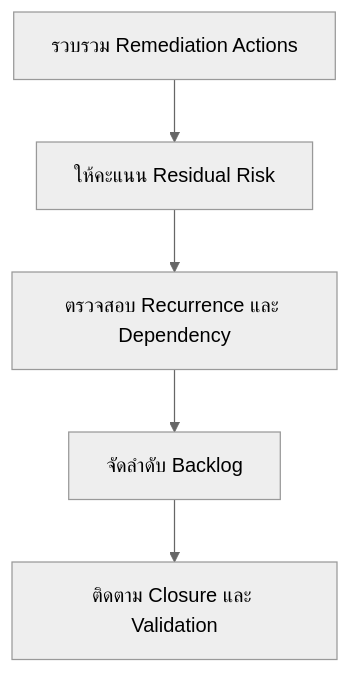
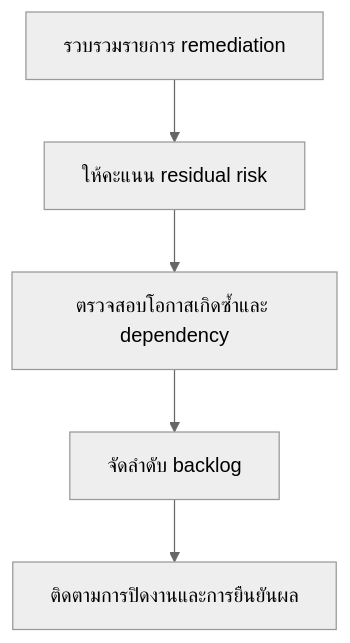
The diagram in 11_Reporting_Templates/Remediation_Backlog_Prioritization.th.md (nutthakorn7/SOC-Standard-Operating-Procedures), drawn with Mermaid (neutral theme) before and after one commit. The commit also changed other lines of this file and 5 other files, not shown here.

````diff
--- a/11_Reporting_Templates/Remediation_Backlog_Prioritization.th.md
+++ b/11_Reporting_Templates/Remediation_Backlog_Prioritization.th.md
@@ -6,7 +6,7 @@
 ```mermaid
 graph TD
-    A["รวบรวม Remediation Actions"] --> B["ให้คะแนน Residual Risk"]
-    B --> C["ตรวจสอบ Recurrence และ Dependency"]
-    C --> D["จัดลำดับ Backlog"]
-    D --> E["ติดตาม Closure และ Validation"]
+    A["รวบรวมรายการ remediation"] --> B["ให้คะแนน residual risk"]
+    B --> C["ตรวจสอบโอกาสเกิดซ้ำและ dependency"]
+    C --> D["จัดลำดับ backlog"]
+    D --> E["ติดตามการปิดงานและการยืนยันผล"]
 ```
````
